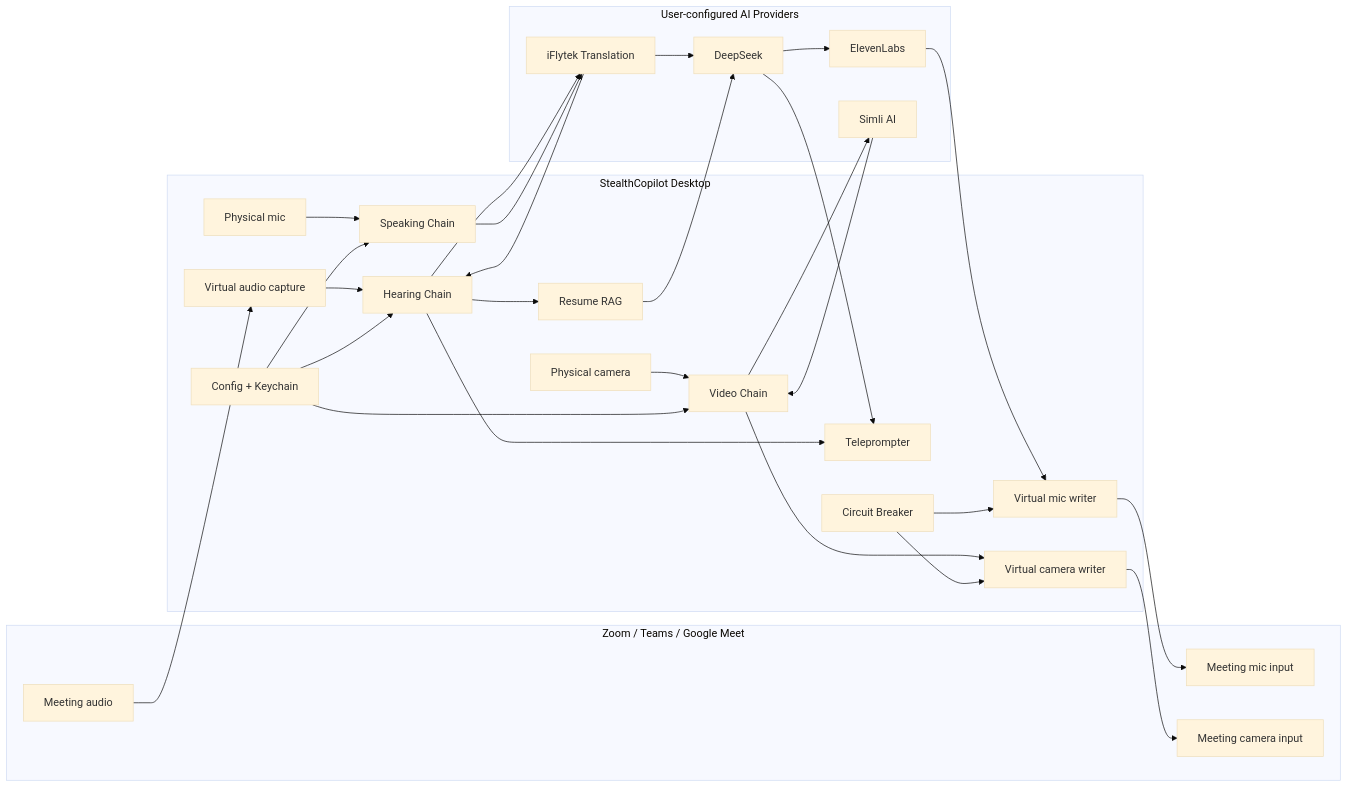
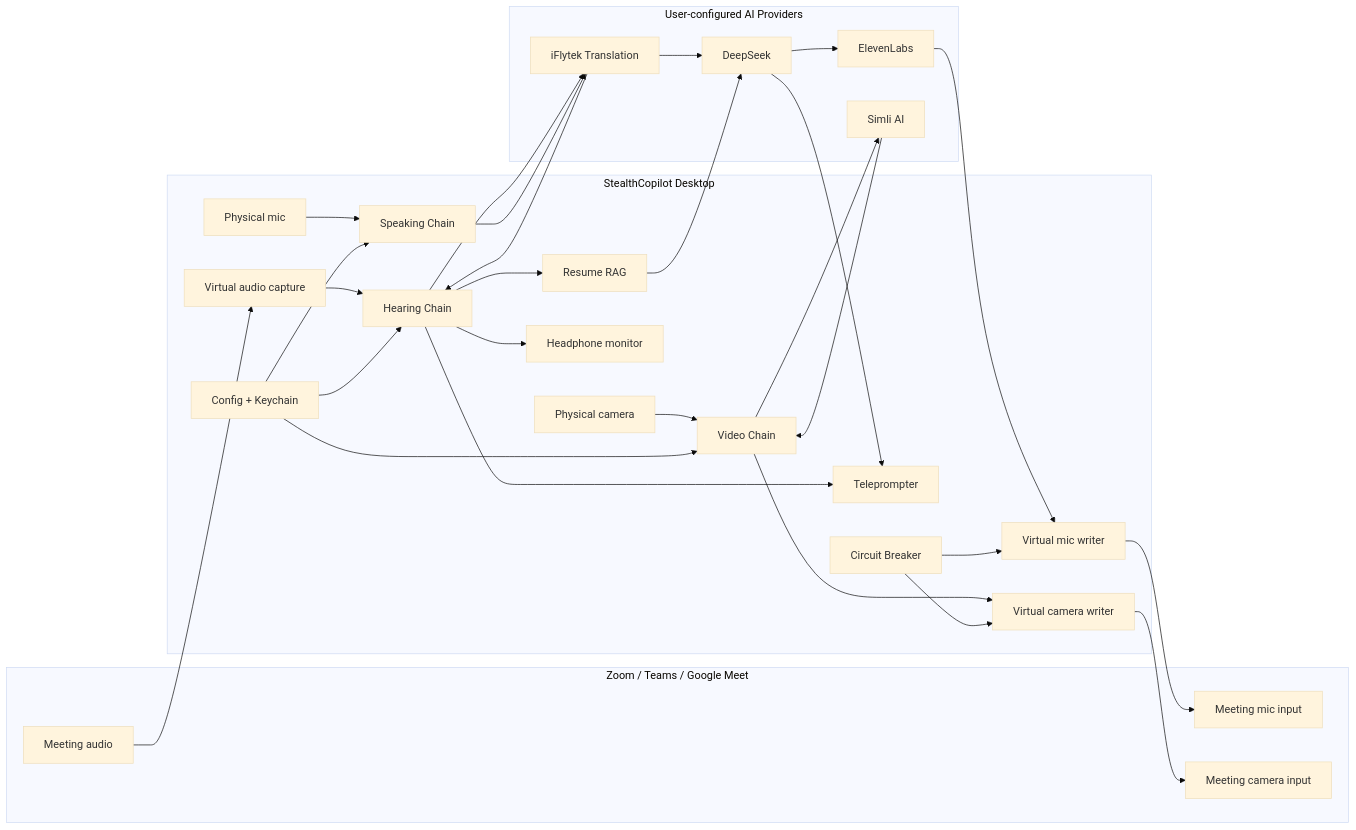
Before and after one commit to zhaoyta/StealthCopilot: the diagram in README.md, drawn with Mermaid (base theme). The commit also changed other lines of this file and 26 other files, not shown here.

````diff
--- a/README.md
+++ b/README.md
@@ -61,43 +62,45 @@
 ```mermaid
 flowchart LR
   subgraph Meeting["Zoom / Teams / Google Meet"]
     A1["Meeting audio"]
     A2["Meeting mic input"]
     A3["Meeting camera input"]
   end
 
   subgraph Local["StealthCopilot Desktop"]
     B1["Virtual audio capture"]
     B2["Hearing Chain"]
     B3["Resume RAG"]
     B4["Teleprompter"]
+    B5["Headphone monitor"]
     C1["Physical mic"]
     C2["Speaking Chain"]
     C3["Virtual mic writer"]
     D1["Physical camera"]
     D2["Video Chain"]
     D3["Virtual camera writer"]
     E1["Config + Keychain"]
     E2["Circuit Breaker"]
   end
 
   subgraph Cloud["User-configured AI Providers"]
     X1["iFlytek Translation"]
     X2["DeepSeek"]
     X3["ElevenLabs"]
     X4["Simli AI"]
   end
 
   A1 --> B1 --> B2 --> X1
   X1 --> B2 --> B4
+  B2 --> B5
   B2 --> B3 --> X2 --> B4
 
   C1 --> C2 --> X1 --> X2 --> X3 --> C3 --> A2
   D1 --> D2 --> X4 --> D2 --> D3 --> A3
 
   E1 --> B2
   E1 --> C2
   E1 --> D2
   E2 --> C3
   E2 --> D3
 ```
````
